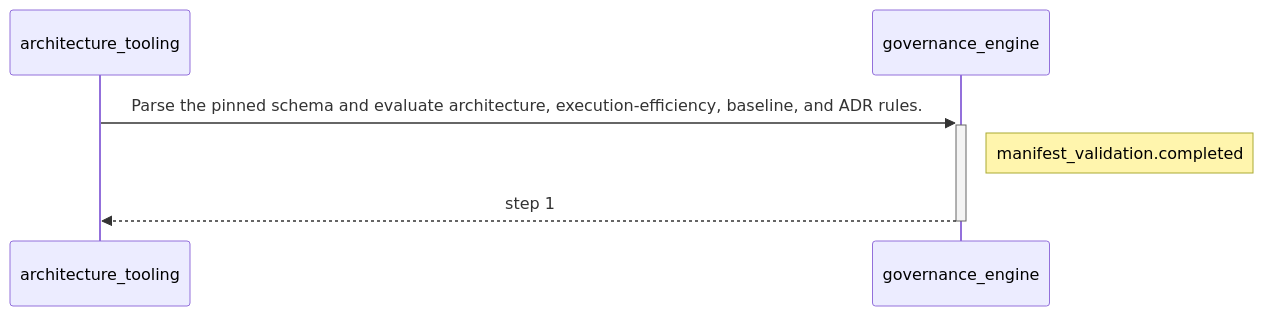
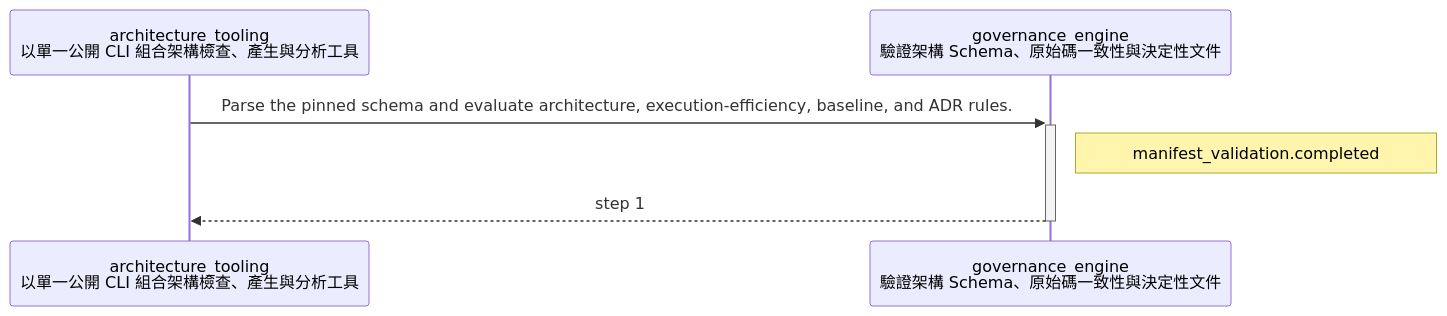
Before and after one commit to ShinWeiPeng/skills: the second of 3 diagrams in plugins/governed-engineering-skills/skills/govern-modular-event-architecture/architecture/generated/architecture_tooling.md, drawn with Mermaid. The commit also changed other lines of this file and 73 other files, not shown here.

Commit message:
add function-first architecture descriptions

````diff
--- a/plugins/governed-engineering-skills/skills/govern-modular-event-architecture/architecture/generated/architecture_tooling.md
+++ b/plugins/governed-engineering-skills/skills/govern-modular-event-architecture/architecture/generated/architecture_tooling.md
@@ -95,8 +95,8 @@
 ```mermaid
 sequenceDiagram
-    participant n_architecture_tooling as architecture_tooling
-    participant n_governance_engine as governance_engine
+    participant n_architecture_tooling as architecture_tooling<br/>以單一公開 CLI 組合架構檢查、產生與分析工具
+    participant n_governance_engine as governance_engine<br/>驗證架構 Schema、原始碼一致性與決定性文件
     n_architecture_tooling->>+n_governance_engine: Parse the pinned schema and evaluate architecture, execution-efficiency, baseline, and ADR rules.
     Note right of n_governance_engine: manifest_validation.completed
     n_governance_engine-->>-n_architecture_tooling: step 1
 ```
````
